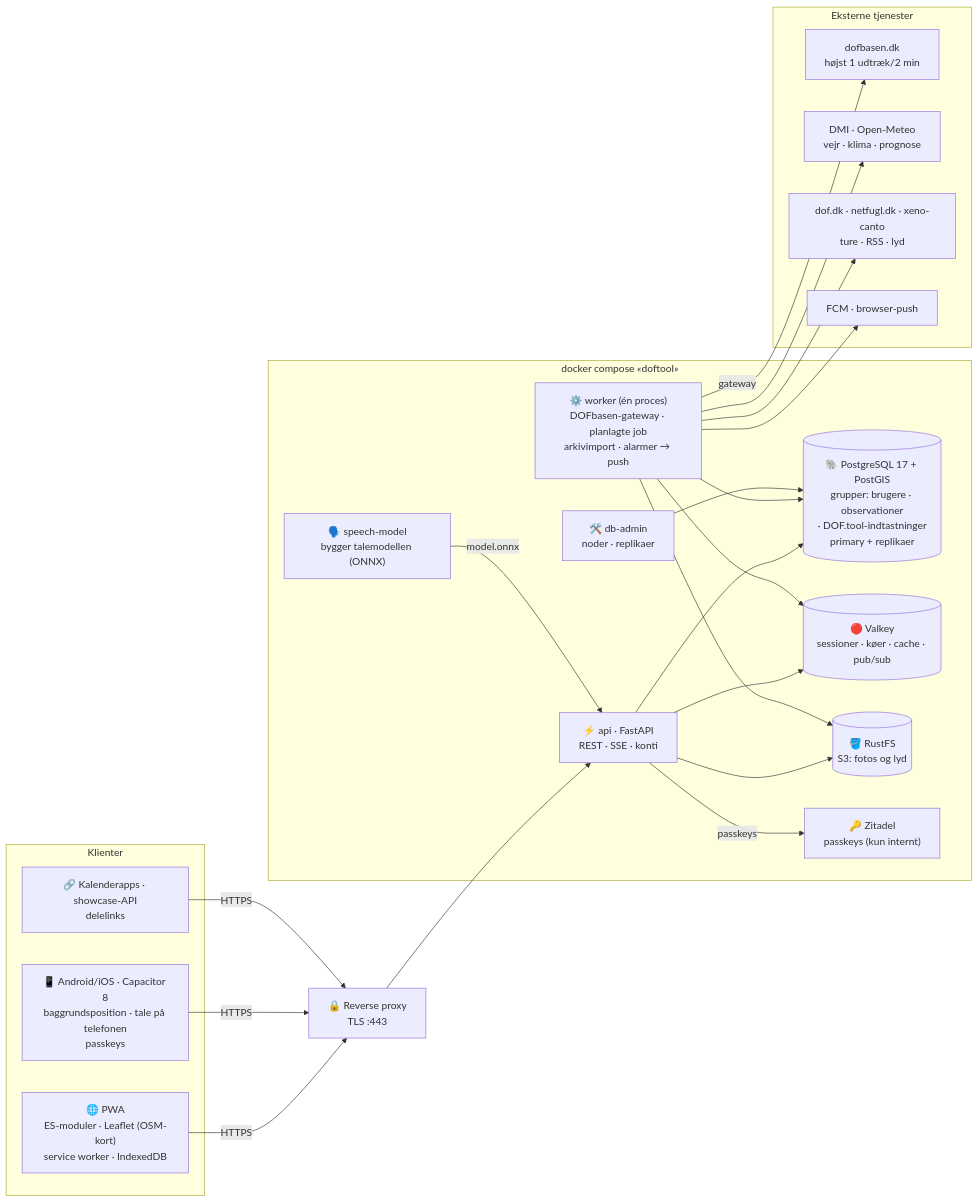
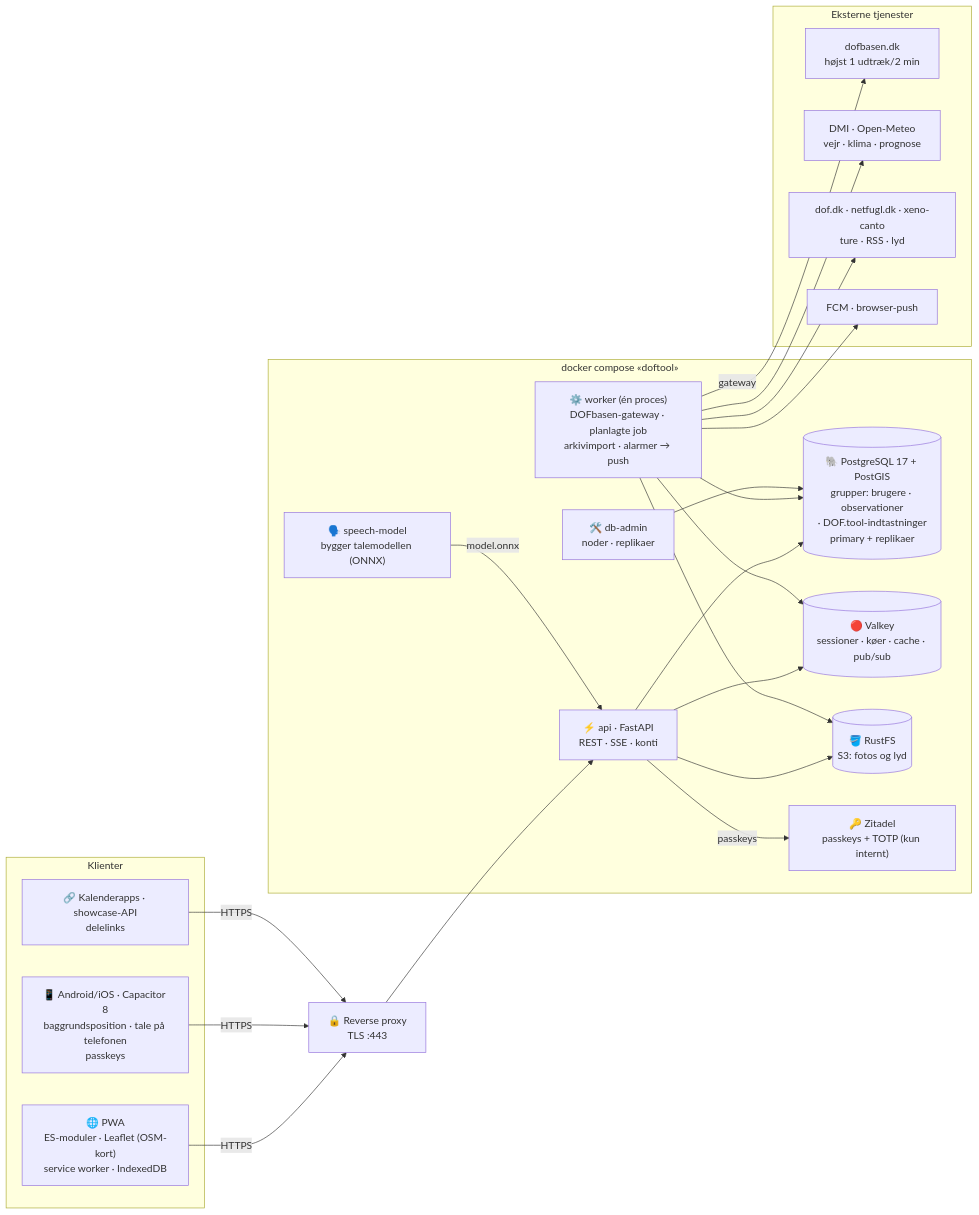
Before and after one commit to thyholm1234/DOF.tool: the diagram in README.md, drawn with Mermaid. The commit also changed other lines of this file and 17 other files, not shown here.

First line of the commit message:
Totrinslogin med TOTP via Zitadel: kode fra authenticator-app efter adgangskoden

````diff
--- a/README.md
+++ b/README.md
@@ -95,37 +95,37 @@
 ```mermaid
 flowchart LR
   subgraph K["Klienter"]
     PWA["🌐 PWA<br/>ES-moduler · Leaflet (OSM-kort)<br/>service worker · IndexedDB"]
     APP["📱 Android/iOS · Capacitor 8<br/>baggrundsposition · tale på telefonen<br/>passkeys"]
     EXT["🔗 Kalenderapps · showcase-API<br/>delelinks"]
   end
 
   PX["🔒 Reverse proxy<br/>TLS :443"]
 
   subgraph S["docker compose «doftool»"]
     API["⚡ api · FastAPI<br/>REST · SSE · konti"]
     W["⚙️ worker (én proces)<br/>DOFbasen-gateway · planlagte job<br/>arkivimport · alarmer → push"]
     PG[("🐘 PostgreSQL 17 + PostGIS<br/>grupper: brugere · observationer<br/>· DOF.tool-indtastninger<br/>primary + replikaer")]
     VK[("🔴 Valkey<br/>sessioner · køer · cache · pub/sub")]
     S3[("🪣 RustFS<br/>S3: fotos og lyd")]
-    ZIT["🔑 Zitadel<br/>passkeys (kun internt)"]
+    ZIT["🔑 Zitadel<br/>passkeys + TOTP (kun internt)"]
     SPM["🗣️ speech-model<br/>bygger talemodellen (ONNX)"]
     DBA["🛠️ db-admin<br/>noder · replikaer"]
   end
 
   subgraph E["Eksterne tjenester"]
     DOF["dofbasen.dk<br/>højst 1 udtræk/2 min"]
     DMI["DMI · Open-Meteo<br/>vejr · klima · prognose"]
     WEB["dof.dk · netfugl.dk · xeno-canto<br/>ture · RSS · lyd"]
     PUSH["FCM · browser-push"]
   end
 
   PWA & APP & EXT -->|HTTPS| PX --> API
   API --> PG & VK & S3
   API -->|passkeys| ZIT
   SPM -->|model.onnx| API
   W --> PG & VK & S3
   W -->|gateway| DOF
   W --> DMI & WEB & PUSH
   DBA --> PG
 ```
````
